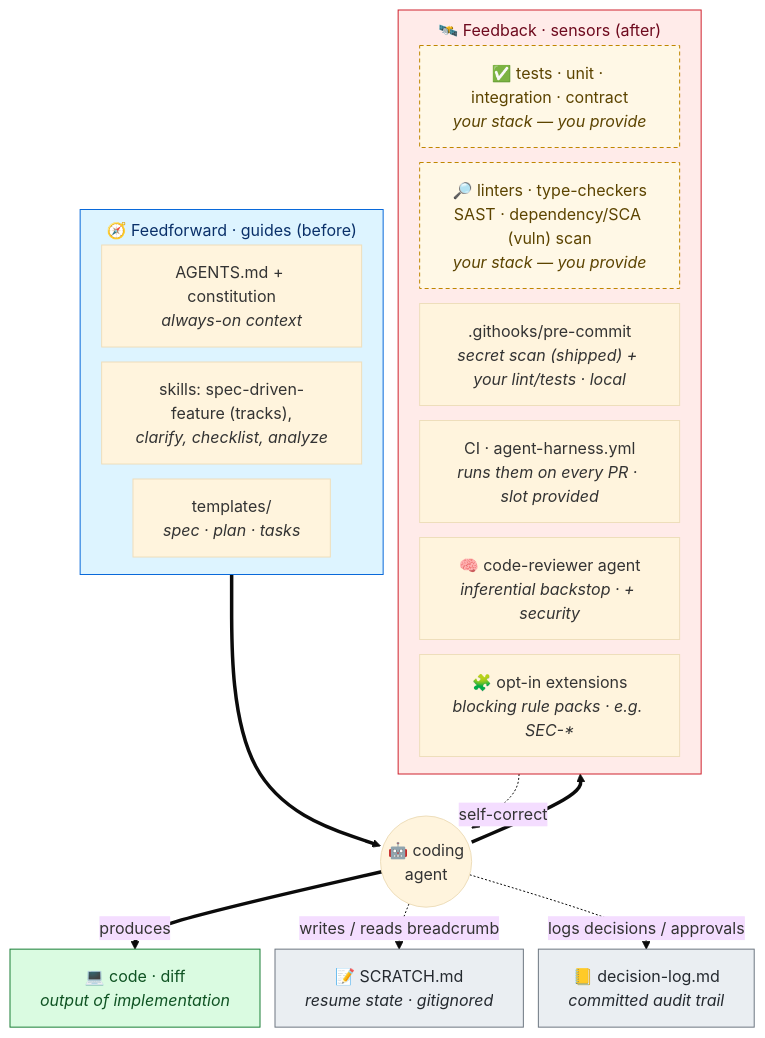
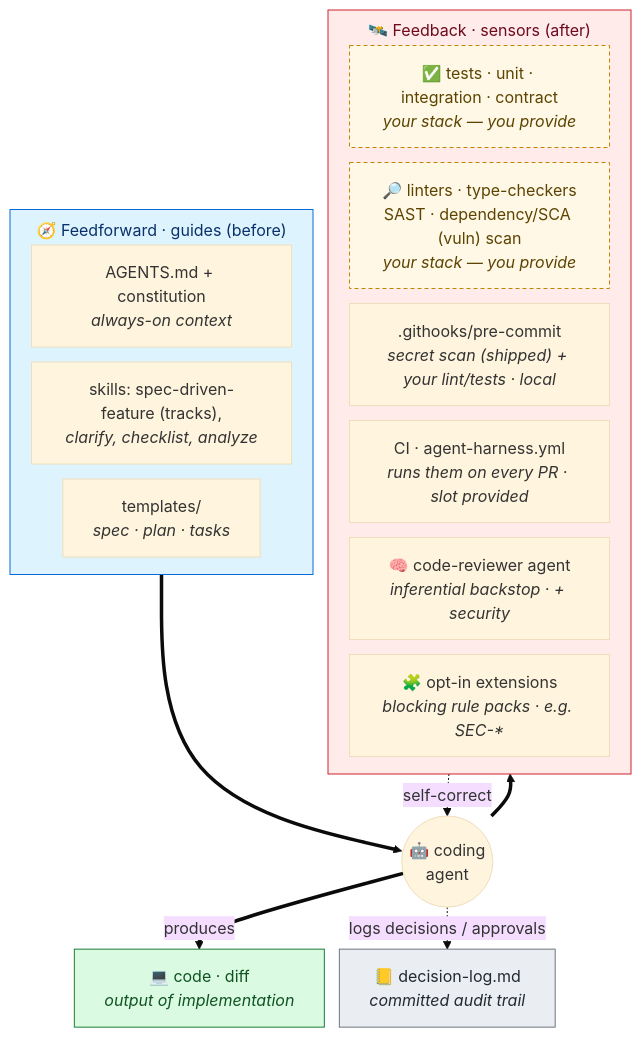
One commit to saptarshibasu/spec-driven-development changed the second of 2 diagrams in README.md. Above: the diagram before and after it, drawn with Mermaid (base theme). The commit also changed other lines of this file and 16 other files, not shown here.

````diff
--- a/README.md
+++ b/README.md
@@ -91,33 +85,32 @@
 ```mermaid
 %%{init: {'flowchart': {'nodeSpacing': 15, 'rankSpacing': 18, 'subGraphTitleMargin': {'top': 8, 'bottom': 10}}}}%%
 flowchart TB
     subgraph FF["🧭 Feedforward · guides (before)"]
         direction LR
         A["AGENTS.md + constitution<br/><i>always-on context</i>"]
         SK["skills: spec-driven-feature (tracks),<br/><i>clarify, checklist, analyze</i>"]
         TPL["templates/<br/><i>spec · plan · tasks</i>"]
     end
     subgraph FB["🛰️ Feedback · sensors (after)"]
         direction LR
         TS["✅ tests · unit · integration · contract<br/><i>your stack — you provide</i>"]:::byo
         SA["🔎 linters · type-checkers<br/>SAST · dependency/SCA (vuln) scan<br/><i>your stack — you provide</i>"]:::byo
         HK[".githooks/pre-commit<br/><i>secret scan (shipped) + your lint/tests · local</i>"]
         CI["CI · agent-harness.yml<br/><i>runs them on every PR · slot provided</i>"]
         AG["🧠 code-reviewer agent<br/><i>inferential backstop · + security</i>"]
         EX["🧩 opt-in extensions<br/><i>blocking rule packs · e.g. SEC-*</i>"]
     end
     FF ==> AGENT(("🤖 coding<br/>agent"))
     AGENT ==> FB
     AGENT ==>|produces| CODE["💻 code · diff<br/><i>output of implementation</i>"]:::out
     FB -. self-correct .-> AGENT
-    AGENT -. writes / reads breadcrumb .-> SC["📝 SCRATCH.md<br/><i>resume state · gitignored</i>"]:::cont
     AGENT -. logs decisions / approvals .-> DL2["📒 decision-log.md<br/><i>committed audit trail</i>"]:::cont
 
     classDef ff fill:#ddf4ff,stroke:#0969da,color:#0a3069
     classDef fb fill:#ffebe9,stroke:#cf222e,color:#6e0a1e
     classDef cont fill:#eaeef2,stroke:#6e7781,color:#24292f
     classDef byo fill:#fff8e6,stroke:#bf8700,color:#5c4400,stroke-dasharray:4 3
     classDef out fill:#dafbe1,stroke:#1a7f37,color:#0f5323
     class FF ff
     class FB fb
 ```
````
